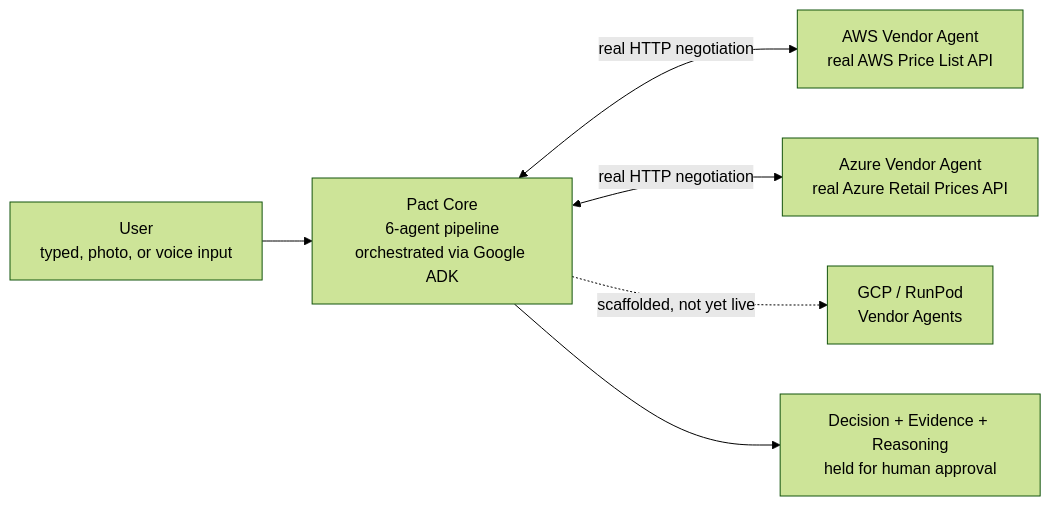
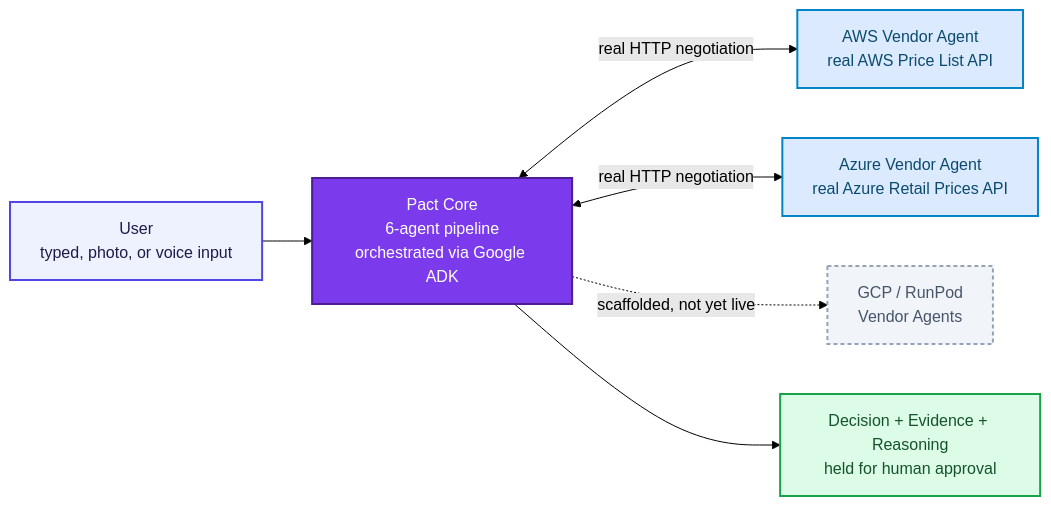
Before and after one commit to maha-rk/pact: the fourth of 6 diagrams in README.md, drawn with Mermaid (forest theme). The commit also changed other lines of this file and 4 other files, not shown here.

````diff
--- a/README.md
+++ b/README.md
@@ -328,8 +328,20 @@
 ```mermaid
 flowchart LR
     USER["User<br/>typed, photo, or voice input"] --> CORE["Pact Core<br/>6-agent pipeline<br/>orchestrated via Google ADK"]
     CORE <-->|real HTTP negotiation| AWS["AWS Vendor Agent<br/>real AWS Price List API"]
     CORE <-->|real HTTP negotiation| AZURE["Azure Vendor Agent<br/>real Azure Retail Prices API"]
     CORE -.->|scaffolded, not yet live| OTHER["GCP / RunPod<br/>Vendor Agents"]
     CORE --> DECISION["Decision + Evidence + Reasoning<br/>held for human approval"]
+
+    classDef user fill:#EEF2FF,stroke:#4F46E5,stroke-width:2px,color:#1E1B4B
+    classDef core fill:#7C3AED,stroke:#4C1D95,stroke-width:2px,color:#FFFFFF
+    classDef vendor fill:#DBEAFE,stroke:#0284C7,stroke-width:2px,color:#0C4A6E
+    classDef scaffold fill:#F1F5F9,stroke:#94A3B8,stroke-width:2px,stroke-dasharray:4 3,color:#475569
+    classDef decision fill:#DCFCE7,stroke:#16A34A,stroke-width:2px,color:#14532D
+
+    class USER user
+    class CORE core
+    class AWS,AZURE vendor
+    class OTHER scaffold
+    class DECISION decision
 ```
````
